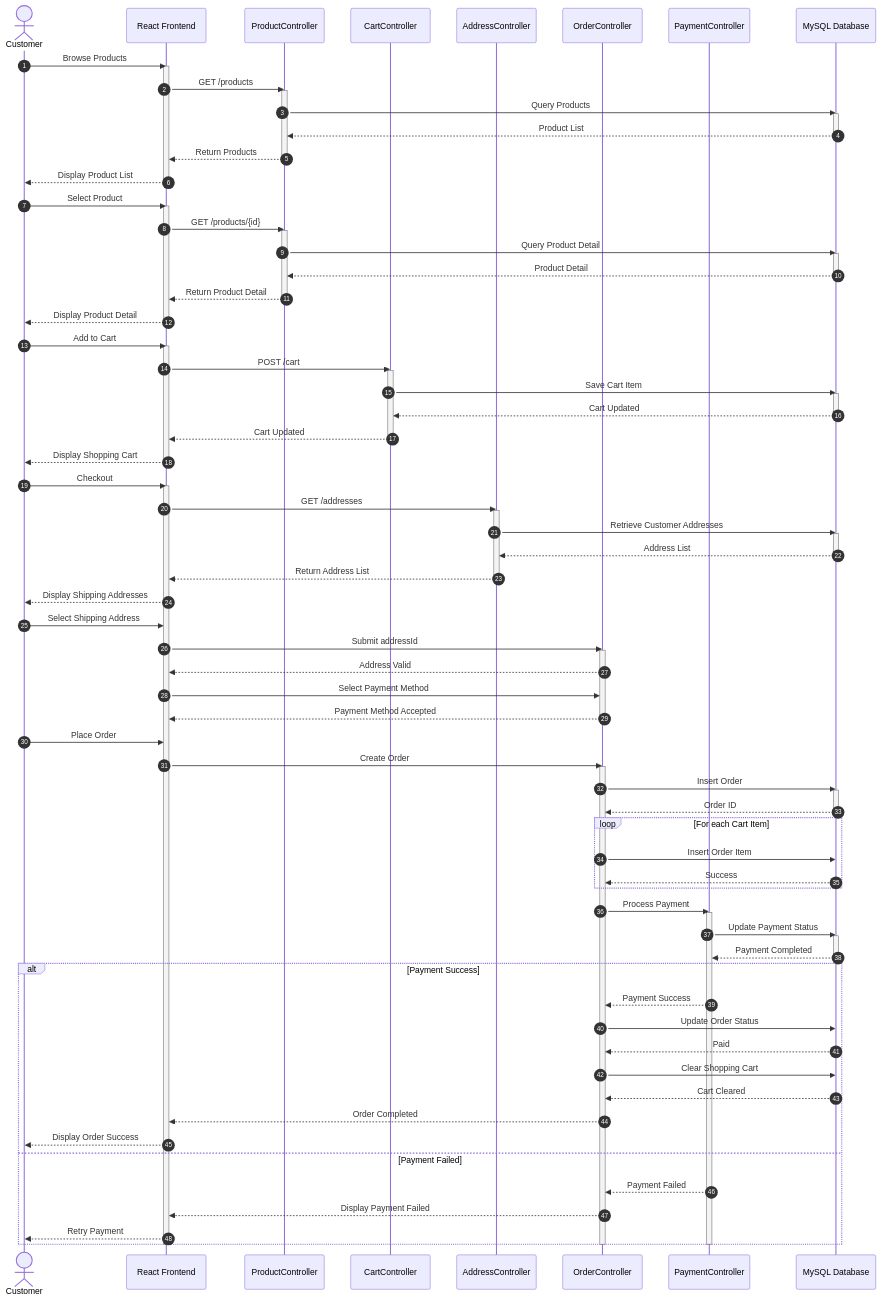
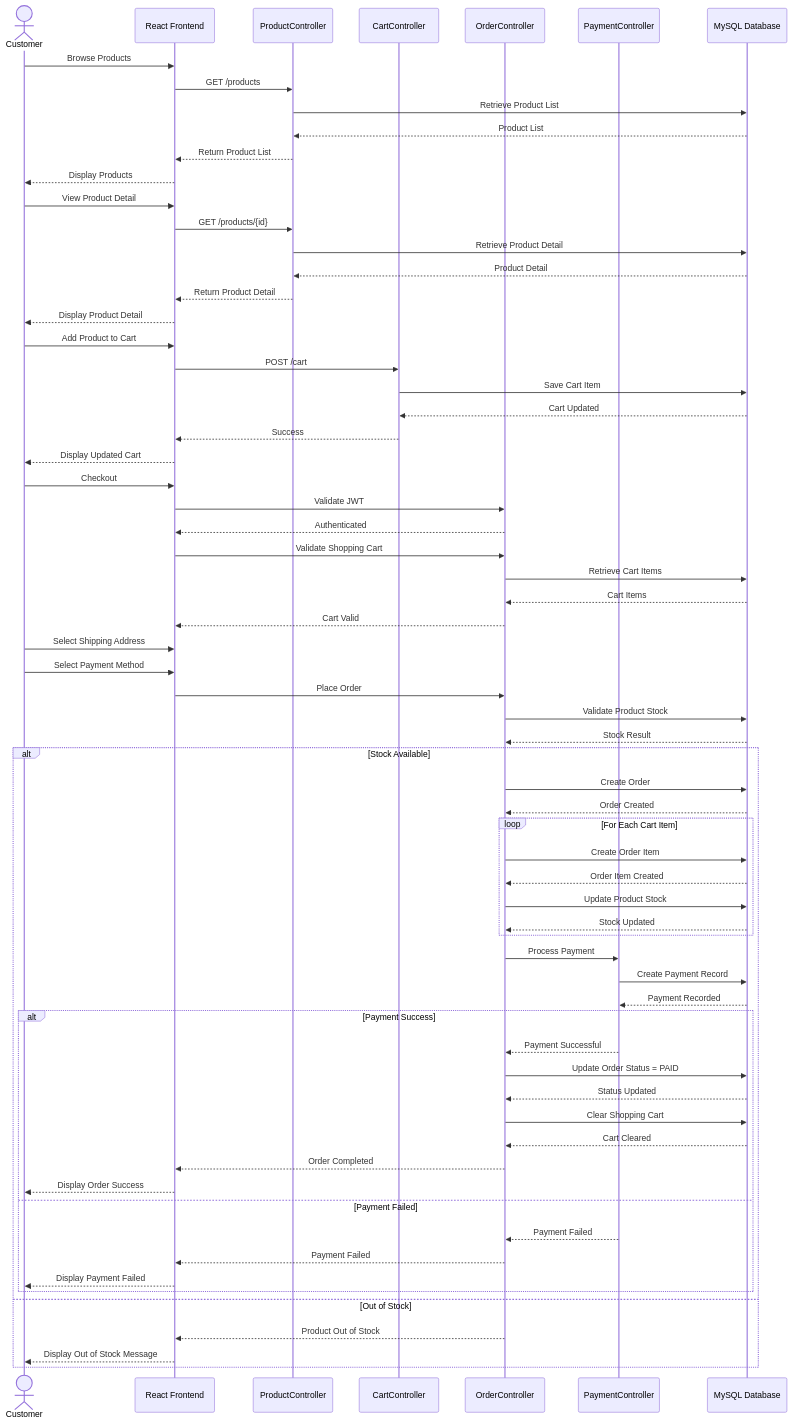
Before and after one commit to rachapoomthu-max/WorkShop: the first of 5 diagrams in diagram/Sequence Diagram.md, drawn with Mermaid. The commit also changed other lines of this file and 7 other files, not shown here.

````diff
--- a/diagram/Sequence Diagram.md
+++ b/diagram/Sequence Diagram.md
@@ -3,214 +3,119 @@
 ```mermaid
 sequenceDiagram
 
-autonumber
-
 actor Customer
 
-participant Frontend as React Frontend
+participant FE as React Frontend
 participant ProductController
 participant CartController
-participant AddressController
 participant OrderController
 participant PaymentController
 participant DB as MySQL Database
 
-%% ==========================
+%% =====================================
 %% Browse Products
-%% ==========================
+%% =====================================
 
-Customer->>Frontend: Browse Products
+Customer->>FE: Browse Products
+FE->>ProductController: GET /products
+ProductController->>DB: Retrieve Product List
+DB-->>ProductController: Product List
+ProductController-->>FE: Return Product List
+FE-->>Customer: Display Products
 
-activate Frontend
+%% =====================================
+%% View Product Detail
+%% =====================================
 
-Frontend->>ProductController: GET /products
+Customer->>FE: View Product Detail
+FE->>ProductController: GET /products/{id}
+ProductController->>DB: Retrieve Product Detail
+DB-->>ProductController: Product Detail
+ProductController-->>FE: Return Product Detail
+FE-->>Customer: Display Product Detail
 
-activate ProductController
+%% =====================================
+%% Add Product to Cart
+%% =====================================
 
-ProductController->>DB: Query Products
+Customer->>FE: Add Product to Cart
+FE->>CartController: POST /cart
+CartController->>DB: Save Cart Item
+DB-->>CartController: Cart Updated
+CartController-->>FE: Success
+FE-->>Customer: Display Updated Cart
 
-activate DB
+%% =====================================
+%% Checkout
+%% =====================================
 
-DB-->>ProductController: Product List
+Customer->>FE: Checkout
 
-deactivate DB
+FE->>OrderController: Validate JWT
+OrderController-->>FE: Authenticated
 
-ProductController-->>Frontend: Return Products
+FE->>OrderController: Validate Shopping Cart
+OrderController->>DB: Retrieve Cart Items
+DB-->>OrderController: Cart Items
+OrderController-->>FE: Cart Valid
 
-deactivate ProductController
+Customer->>FE: Select Shipping Address
+Customer->>FE: Select Payment Method
 
-Frontend-->>Customer: Display Product List
+FE->>OrderController: Place Order
 
-deactivate Frontend
+%% =====================================
+%% Validate Stock
+%% =====================================
 
-%% ==========================
-%% View Product Detail
-%% ==========================
+OrderController->>DB: Validate Product Stock
+DB-->>OrderController: Stock Result
 
-Customer->>Frontend: Select Product
+alt Stock Available
 
-activate Frontend
+    OrderController->>DB: Create Order
+    DB-->>OrderController: Order Created
 
-Frontend->>ProductController: GET /products/{id}
+    loop For Each Cart Item
 
-activate ProductController
+        OrderController->>DB: Create Order Item
+        DB-->>OrderController: Order Item Created
 
-ProductController->>DB: Query Product Detail
+        OrderController->>DB: Update Product Stock
+        DB-->>OrderController: Stock Updated
 
-activate DB
+    end
 
-DB-->>ProductController: Product Detail
+    OrderController->>PaymentController: Process Payment
 
-deactivate DB
+    PaymentController->>DB: Create Payment Record
+    DB-->>PaymentController: Payment Recorded
 
-ProductController-->>Frontend: Return Product Detail
+    alt Payment Success
 
-deactivate ProductController
+        PaymentController-->>OrderController: Payment Successful
 
-Frontend-->>Customer: Display Product Detail
+        OrderController->>DB: Update Order Status = PAID
+        DB-->>OrderController: Status Updated
 
-deactivate Frontend
+        OrderController->>DB: Clear Shopping Cart
+        DB-->>OrderController: Cart Cleared
 
-%% ==========================
-%% Add to Cart
-%% ==========================
+        OrderController-->>FE: Order Completed
+        FE-->>Customer: Display Order Success
 
-Customer->>Frontend: Add to Cart
+    else Payment Failed
 
-activate Frontend
+        PaymentController-->>OrderController: Payment Failed
+        OrderController-->>FE: Payment Failed
+        FE-->>Customer: Display Payment Failed
 
-Frontend->>CartController: POST /cart
+    end
 
-activate CartController
+else Out of Stock
 
-CartController->>DB: Save Cart Item
-
-activate DB
-
-DB-->>CartController: Cart Updated
-
-deactivate DB
-
-CartController-->>Frontend: Cart Updated
-
-deactivate CartController
-
-Frontend-->>Customer: Display Shopping Cart
-
-deactivate Frontend
-
-%% ==========================
-%% Checkout
-%% ==========================
-
-Customer->>Frontend: Checkout
-
-activate Frontend
-
-Frontend->>AddressController: GET /addresses
-
-activate AddressController
-
-AddressController->>DB: Retrieve Customer Addresses
-
-activate DB
-
-DB-->>AddressController: Address List
-
-deactivate DB
-
-AddressController-->>Frontend: Return Address List
-
-deactivate AddressController
-
-Frontend-->>Customer: Display Shipping Addresses
-
-Customer->>Frontend: Select Shipping Address
-
-Frontend->>OrderController: Submit addressId
-
-activate OrderController
-
-OrderController-->>Frontend: Address Valid
-
-Frontend->>OrderController: Select Payment Method
-
-OrderController-->>Frontend: Payment Method Accepted
-
-deactivate OrderController
-
-%% ==========================
-%% Place Order
-%% ==========================
-
-Customer->>Frontend: Place Order
-
-Frontend->>OrderController: Create Order
-
-activate OrderController
-
-OrderController->>DB: Insert Order
-
-activate DB
-
-DB-->>OrderController: Order ID
-
-deactivate DB
-
-loop For each Cart Item
-
-OrderController->>DB: Insert Order Item
-
-DB-->>OrderController: Success
+    OrderController-->>FE: Product Out of Stock
+    FE-->>Customer: Display Out of Stock Message
 
 end
-
-%% ==========================
-%% Payment
-%% ==========================
-
-OrderController->>PaymentController: Process Payment
-
-activate PaymentController
-
-PaymentController->>DB: Update Payment Status
-
-activate DB
-
-DB-->>PaymentController: Payment Completed
-
-deactivate DB
-
-alt Payment Success
-
-PaymentController-->>OrderController: Payment Success
-
-OrderController->>DB: Update Order Status
-
-DB-->>OrderController: Paid
-
-OrderController->>DB: Clear Shopping Cart
-
-DB-->>OrderController: Cart Cleared
-
-OrderController-->>Frontend: Order Completed
-
-Frontend-->>Customer: Display Order Success
-
-else Payment Failed
-
-PaymentController-->>OrderController: Payment Failed
-
-OrderController-->>Frontend: Display Payment Failed
-
-Frontend-->>Customer: Retry Payment
-
-end
-
-deactivate PaymentController
-
-deactivate OrderController
-
-deactivate Frontend
-
 ```
````
